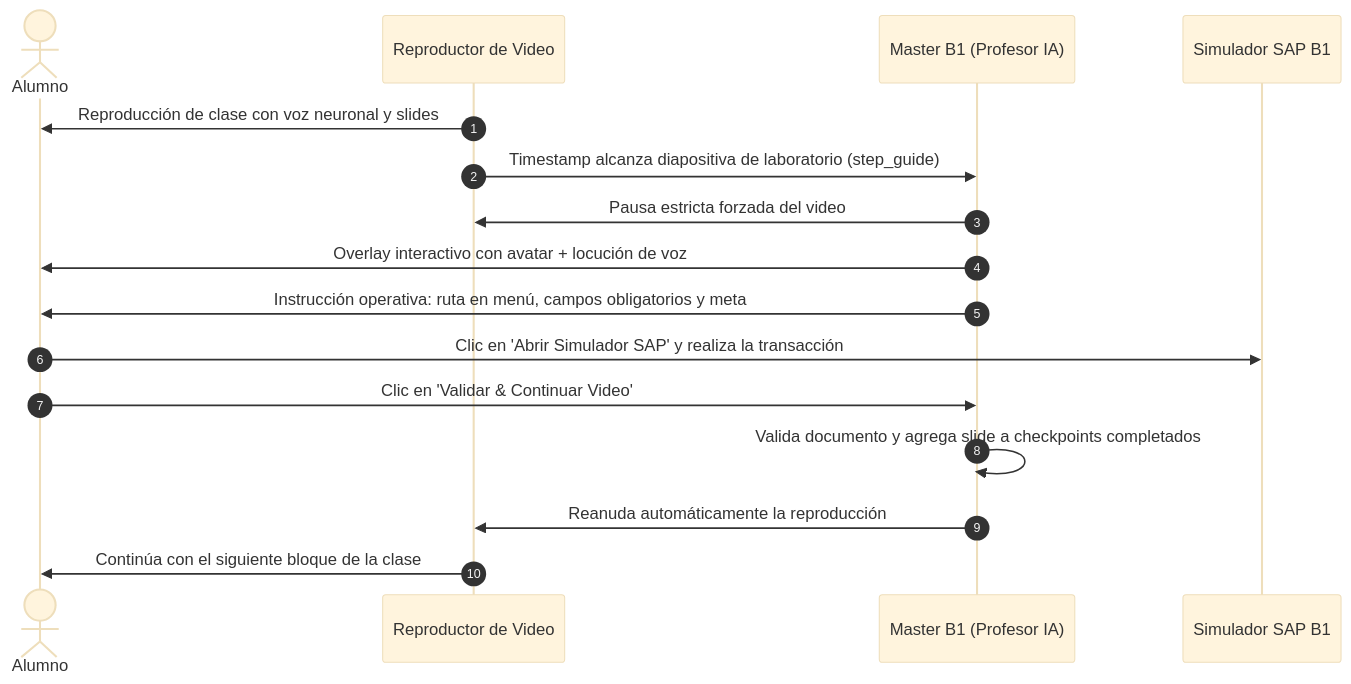
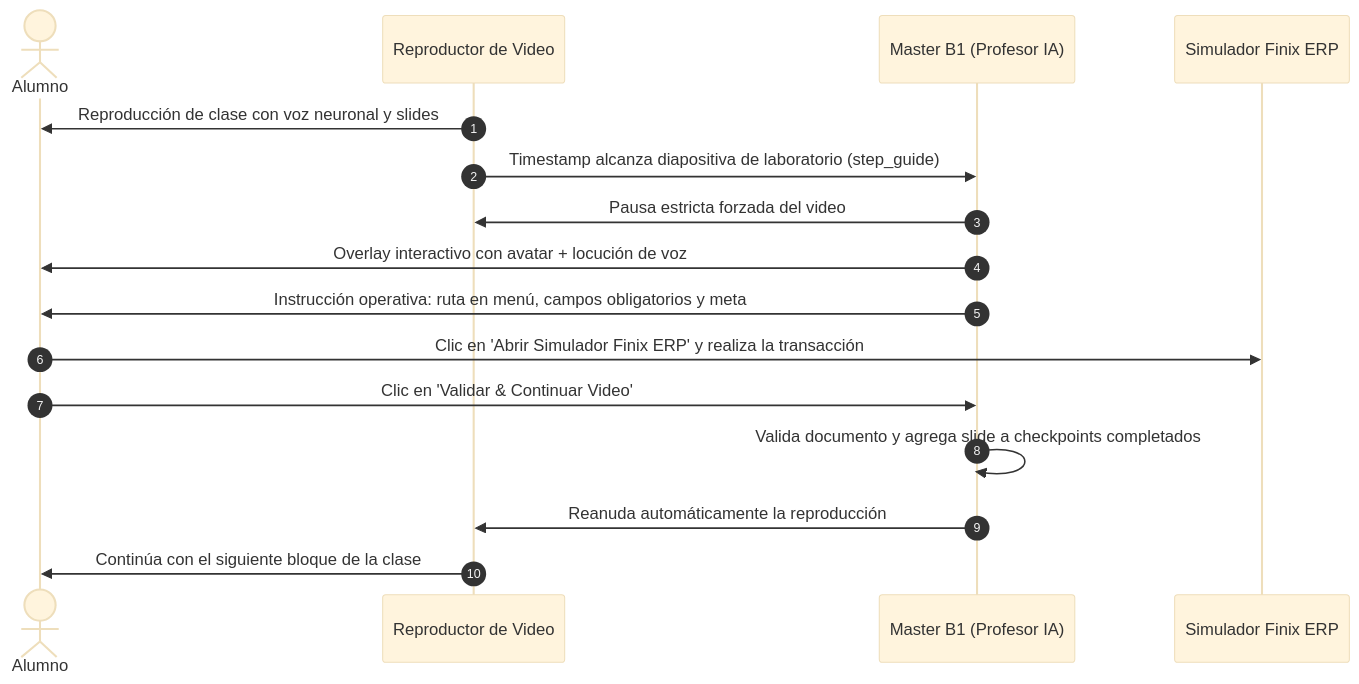
One commit to pablofgarciaf/B1-ACADEMY changed the diagram in docs/11_Master_B1_Tutor_IA.md. Above: the diagram before and after it, drawn with Mermaid (base theme). The commit also changed other lines of this file and 4125 other files, not shown here.

````diff
--- a/docs/11_Master_B1_Tutor_IA.md
+++ b/docs/11_Master_B1_Tutor_IA.md
@@ -9,19 +9,19 @@
 ```mermaid
 sequenceDiagram
     autonumber
     actor Alumno
     participant Video as Reproductor de Video
     participant MasterB1 as Master B1 (Profesor IA)
-    participant Sim as Simulador SAP B1
+    participant Sim as Simulador Finix ERP
 
     Video->>Alumno: Reproducción de clase con voz neuronal y slides
     Video->>MasterB1: Timestamp alcanza diapositiva de laboratorio (step_guide)
     MasterB1->>Video: Pausa estricta forzada del video
     MasterB1->>Alumno: Overlay interactivo con avatar + locución de voz
     MasterB1->>Alumno: Instrucción operativa: ruta en menú, campos obligatorios y meta
-    Alumno->>Sim: Clic en 'Abrir Simulador SAP' y realiza la transacción
+    Alumno->>Sim: Clic en 'Abrir Simulador Finix ERP' y realiza la transacción
     Alumno->>MasterB1: Clic en 'Validar & Continuar Video'
     MasterB1->>MasterB1: Valida documento y agrega slide a checkpoints completados
     MasterB1->>Video: Reanuda automáticamente la reproducción
     Video->>Alumno: Continúa con el siguiente bloque de la clase
 ```
````
